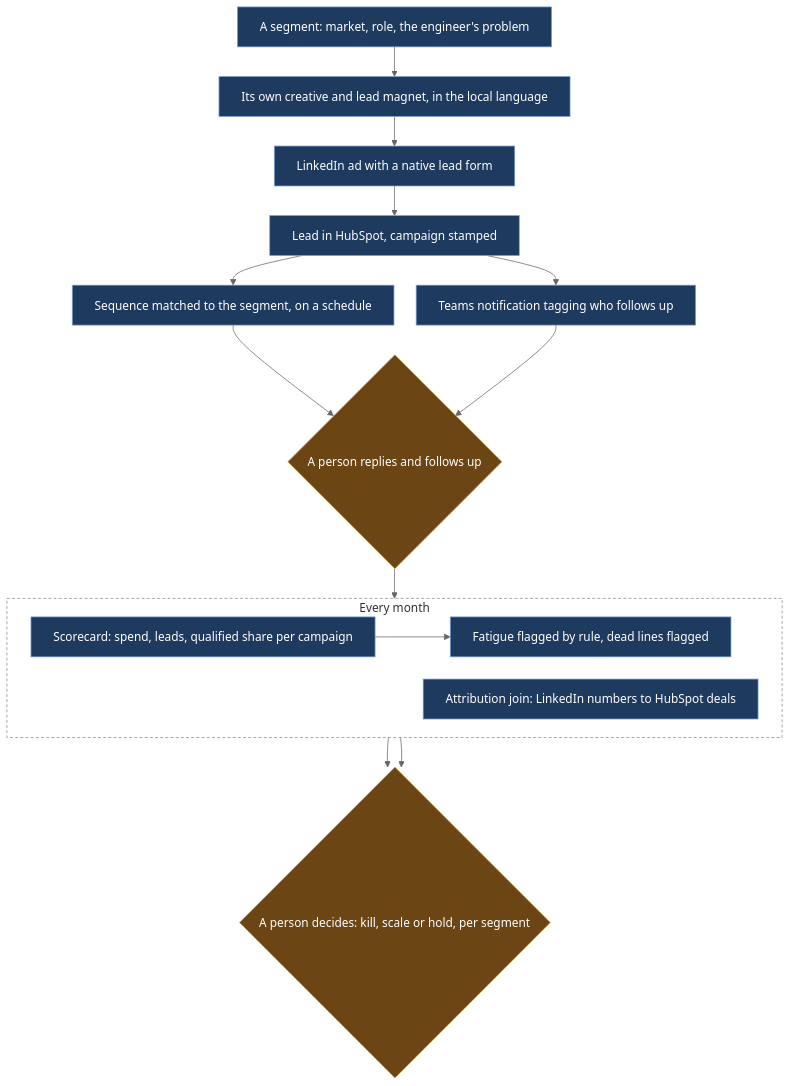
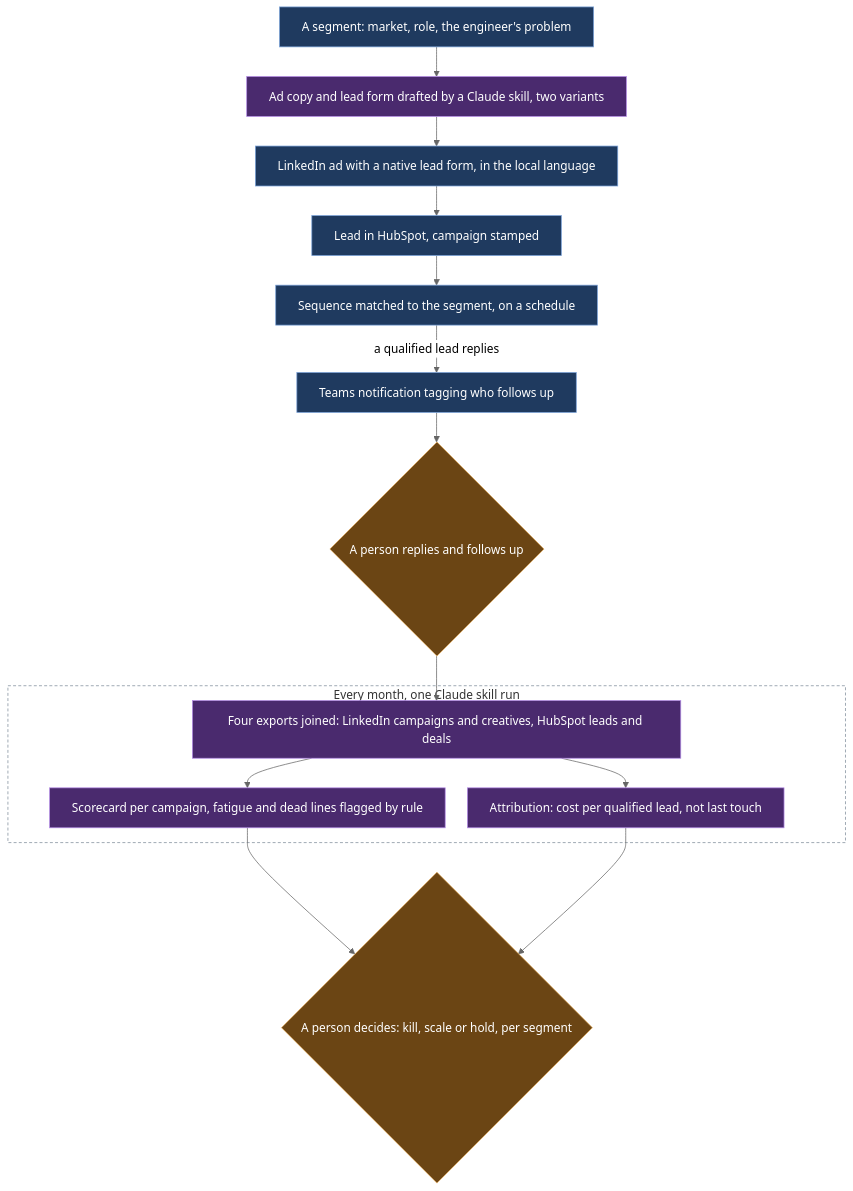
The diagram in evidence/case-studies/02-paid-media-that-ends-in-a-human-follow-up.md (nunomnferreirapt/ai-operated-growth-engine), drawn with Mermaid (neutral theme) before and after one commit. The commit also changed other lines of this file, not shown here.

Commit message:
Chapter 2: Teams tag only on a qualified reply; purple class flags the two Claude skills, ad generator and monthly scorecard
Claude-Session: https://claude.ai/code/session_013vAMTruojjzTuNGSxvVixS

````diff
--- a/evidence/case-studies/02-paid-media-that-ends-in-a-human-follow-up.md
+++ b/evidence/case-studies/02-paid-media-that-ends-in-a-human-follow-up.md
@@ -11,23 +11,22 @@
 ```mermaid
 %%{init: {"flowchart": {"wrappingWidth": 600, "nodeSpacing": 30, "rankSpacing": 40}}}%%
 flowchart TB
-    SEG["A segment: market, role, the engineer's problem"]:::sys --> CR["Its own creative and lead magnet, in the local language"]:::sys
-    CR --> AD["LinkedIn ad with a native lead form"]:::sys
+    SEG["A segment: market, role, the engineer's problem"]:::sys --> CR["Ad copy and lead form drafted by a Claude skill, two variants"]:::ai
+    CR --> AD["LinkedIn ad with a native lead form, in the local language"]:::sys
     AD --> HS["Lead in HubSpot, campaign stamped"]:::sys
     HS --> SQ["Sequence matched to the segment, on a schedule"]:::sys
-    HS --> TT["Teams notification tagging who follows up"]:::sys
-    SQ --> P{"A person replies and follows up"}:::human
-    TT --> P
+    SQ -- "a qualified lead replies" --> TT["Teams notification tagging who follows up"]:::sys
+    TT --> P{"A person replies and follows up"}:::human
     P --> SC
-    subgraph M["Every month"]
-        direction LR
-        SC["Scorecard: spend, leads, qualified share per campaign"]:::sys --> FA["Fatigue flagged by rule, dead lines flagged"]:::sys
-        AJ["Attribution join: LinkedIn numbers to HubSpot deals"]:::sys
+    subgraph M["Every month, one Claude skill run"]
+        SC["Four exports joined: LinkedIn campaigns and creatives, HubSpot leads and deals"]:::ai --> FA["Scorecard per campaign, fatigue and dead lines flagged by rule"]:::ai
+        SC --> AJ["Attribution: cost per qualified lead, not last touch"]:::ai
     end
     FA --> B{"A person decides: kill, scale or hold, per segment"}:::human
     AJ --> B
     classDef sys fill:#1f3a5f,stroke:#7aa2d8,color:#ffffff
+    classDef ai fill:#4a2a6e,stroke:#b58ee6,color:#ffffff
     classDef human fill:#6b4514,stroke:#e0a95a,color:#ffffff
     classDef out fill:#1e4d3a,stroke:#6fcf97,color:#ffffff
     style M fill:transparent,stroke:#7f8c9a,stroke-dasharray:4 3
 ```
````
